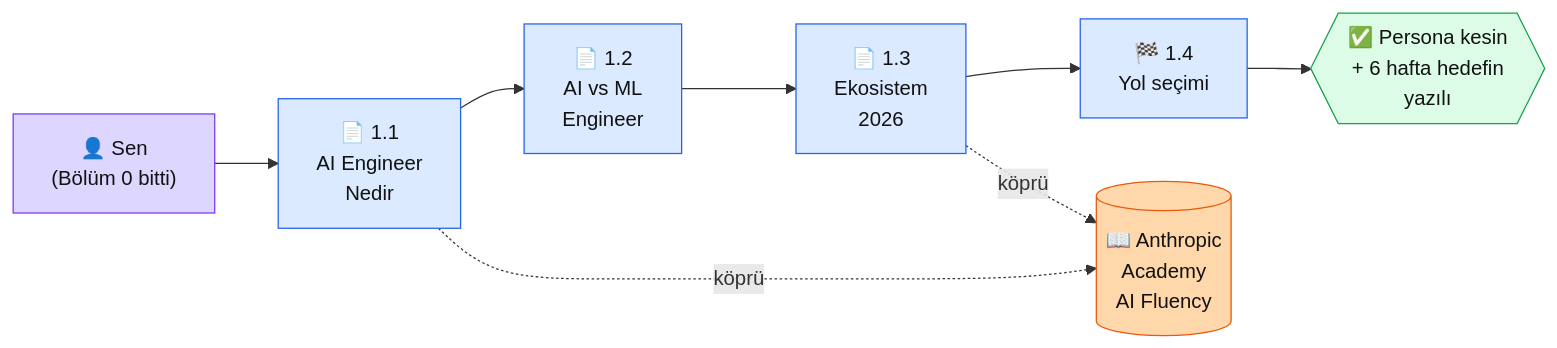
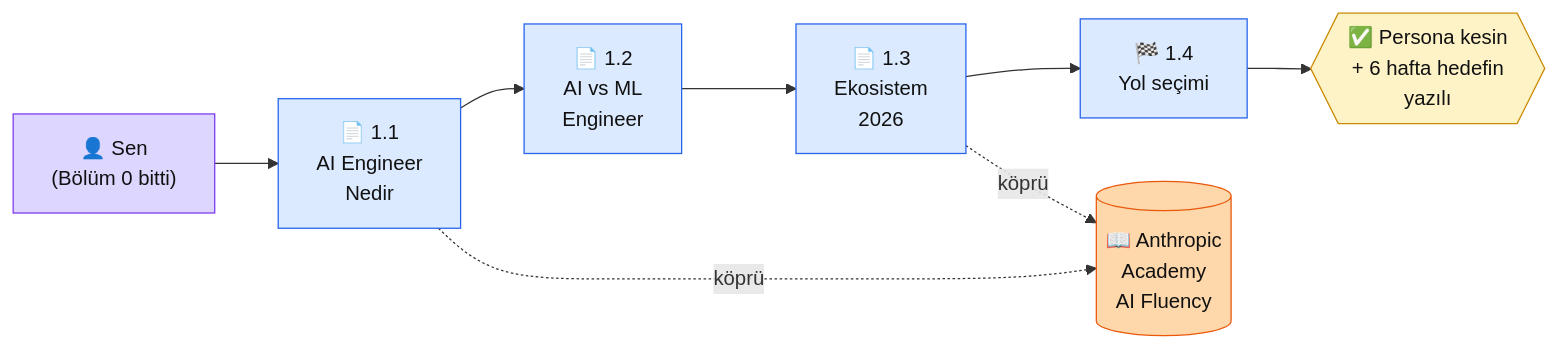
Before and after one commit to KemalG-u/muhendisal-platform: the diagram in docs/bolum-1/index.md, drawn with Mermaid. The commit also changed 4 other files, not shown here.

````diff
--- a/docs/bolum-1/index.md
+++ b/docs/bolum-1/index.md
@@ -27,23 +27,23 @@
 ```mermaid
 flowchart LR
   S["👤 Sen\n(Bölüm 0 bitti)"]
   P11["📄 1.1\nAI Engineer\nNedir"]
   P12["📄 1.2\nAI vs ML\nEngineer"]
   P13["📄 1.3\nEkosistem\n2026"]
   P14["🏁 1.4\nYol seçimi"]
   OUT{{"✅ Persona kesin\n+ 6 hafta hedefin\nyazılı"}}
   ANT[("📖 Anthropic\nAcademy\nAI Fluency")]
 
   S --> P11 --> P12 --> P13 --> P14 --> OUT
   P11 -.köprü.-> ANT
   P13 -.köprü.-> ANT
 
   classDef user fill:#ddd6fe,stroke:#7c3aed,color:#111
   classDef page fill:#dbeafe,stroke:#2563eb,color:#111
-  classDef goal fill:#dcfce7,stroke:#16a34a,color:#111
+  classDef goal fill:#fef3c7,stroke:#ca8a04,color:#111
   classDef ext fill:#fed7aa,stroke:#ea580c,color:#111
   class S user
   class P11,P12,P13,P14 page
   class OUT goal
   class ANT ext
 ```
````
